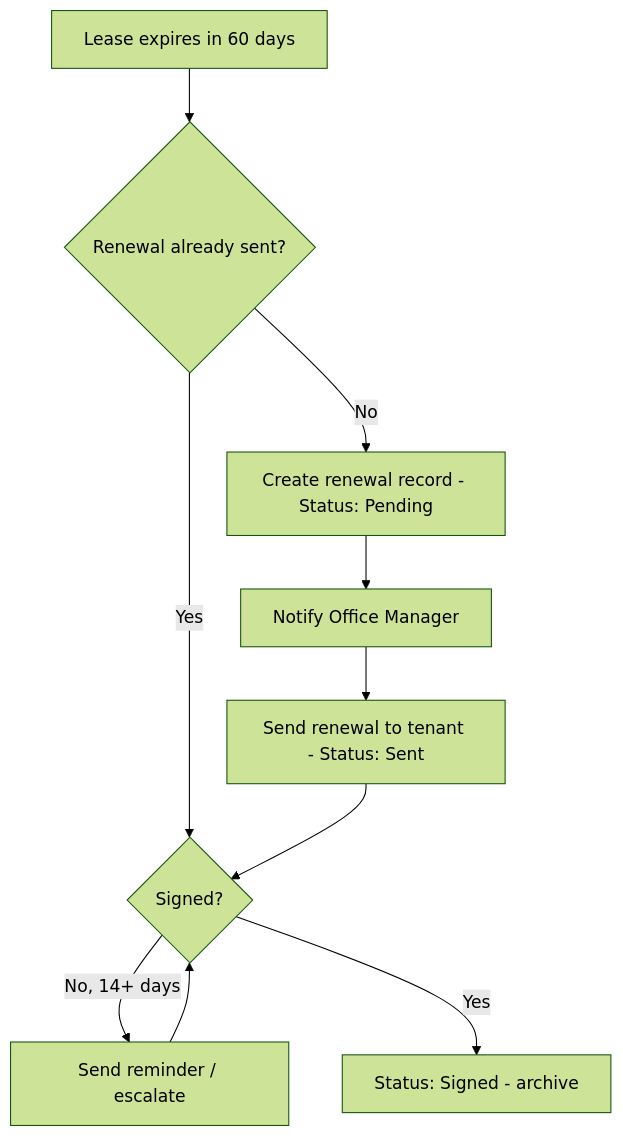
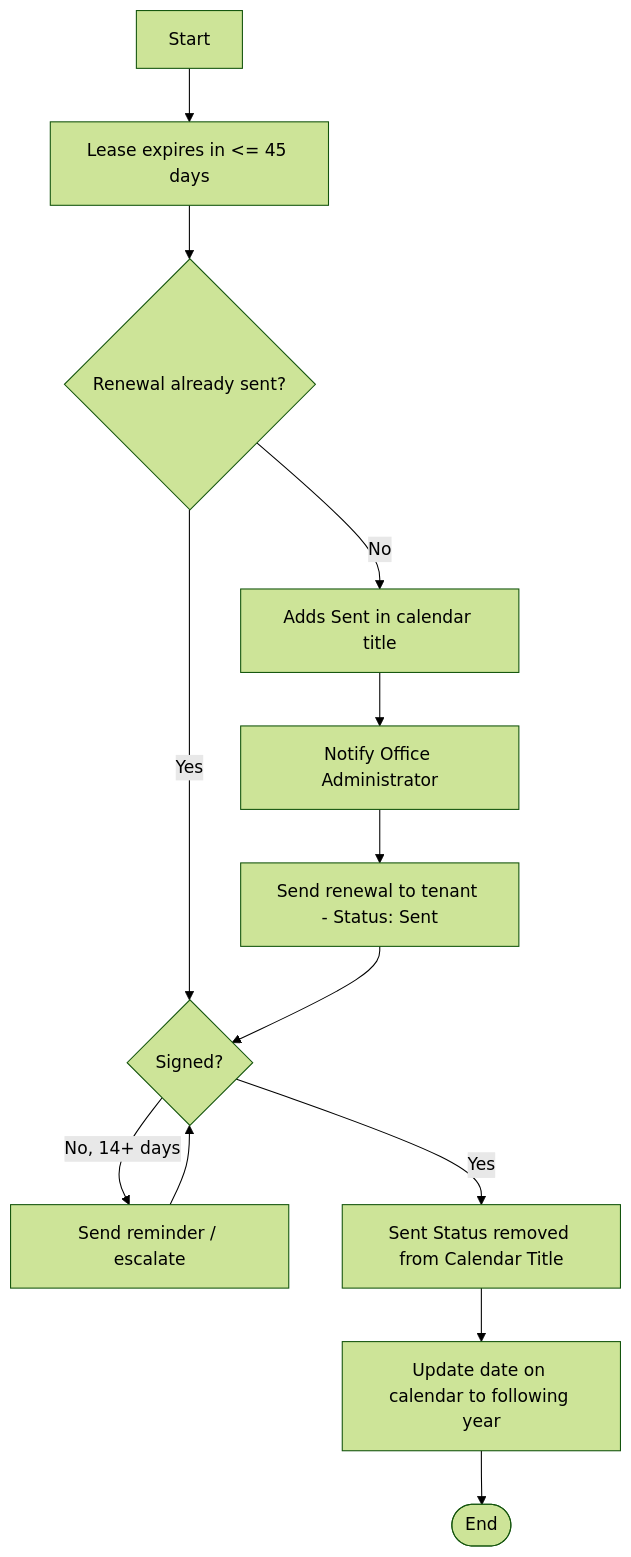
Before and after one commit to rdill225/lakeside-marina-docs: the diagram in processes/lease-renewals-legacy.md, drawn with Mermaid (forest theme). The commit also changed other lines of this file, not shown here.

Commit message:
Updated flowchart for legacy process

````diff
--- a/processes/lease-renewals-legacy.md
+++ b/processes/lease-renewals-legacy.md
@@ -55,12 +55,16 @@
 ```mermaid
 flowchart TD
-    A[Lease expires in 60 days] --> B{Renewal already sent?}
-    B -->|No| C[Create renewal record - Status: Pending]
-    C --> D[Notify Office Manager]
+    Start --> A
+%% IS SENT ADDED HERE OR AFTER SENT?
+    A[Lease expires in <= 45 days] --> B{Renewal already sent?} 
+    B -->|No| C[Adds Sent in calendar title]
+    C --> D[Notify Office Administrator]
     D --> E[Send renewal to tenant - Status: Sent]
     B -->|Yes| F{Signed?}
     E --> F
     F -->|No, 14+ days| G[Send reminder / escalate]
-    F -->|Yes| H[Status: Signed - archive]
+    F -->|Yes| H[Sent Status removed from Calendar Title]
     G --> F
+    H --> DateUpdate[Update date on calendar to following year]
+    DateUpdate --> End([End])
 ```
````
